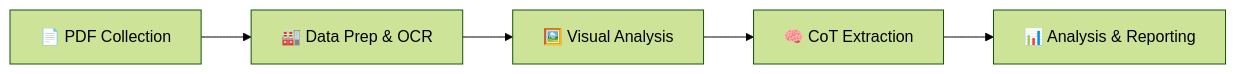
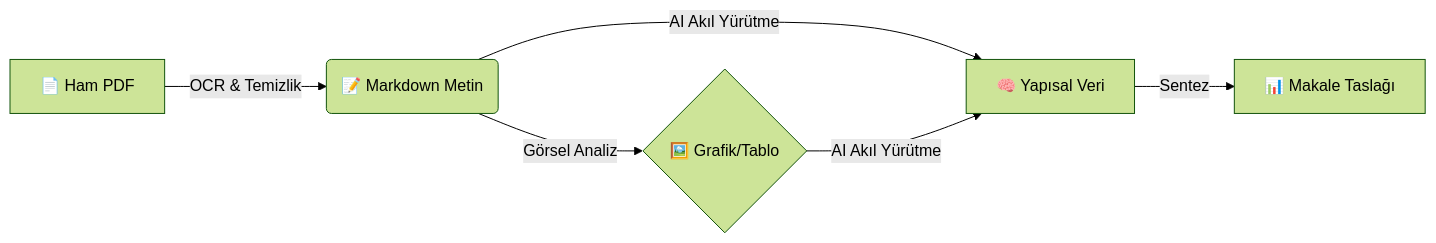
One commit to cfdonmez/OISAC_PRISMA_COMST changed the diagram in README.md. Above: the diagram before and after it, drawn with Mermaid (forest theme). The commit also changed other lines of this file and 7 other files, not shown here.

````diff
--- a/README.md
+++ b/README.md
@@ -24,9 +49,7 @@
 ```mermaid
-flowchart LR
-    A[📄 PDF Collection] --> B[🏭 Data Prep & OCR]
-    B --> C[🖼️ Visual Analysis]
-    C --> D[🧠 CoT Extraction]
-    D --> E[📊 Analysis & Reporting]
-    
-    click D "analysis/cot_laboratory/README.md" "CoT Detayları"
+graph LR
+    A[📄 Ham PDF] -->|OCR & Temizlik| B(📝 Markdown Metin)
+    B -->|Görsel Analiz| C{🖼️ Grafik/Tablo}
+    B & C -->|AI Akıl Yürütme| D[🧠 Yapısal Veri]
+    D -->|Sentez| E[📊 Makale Taslağı]
 ```
````
